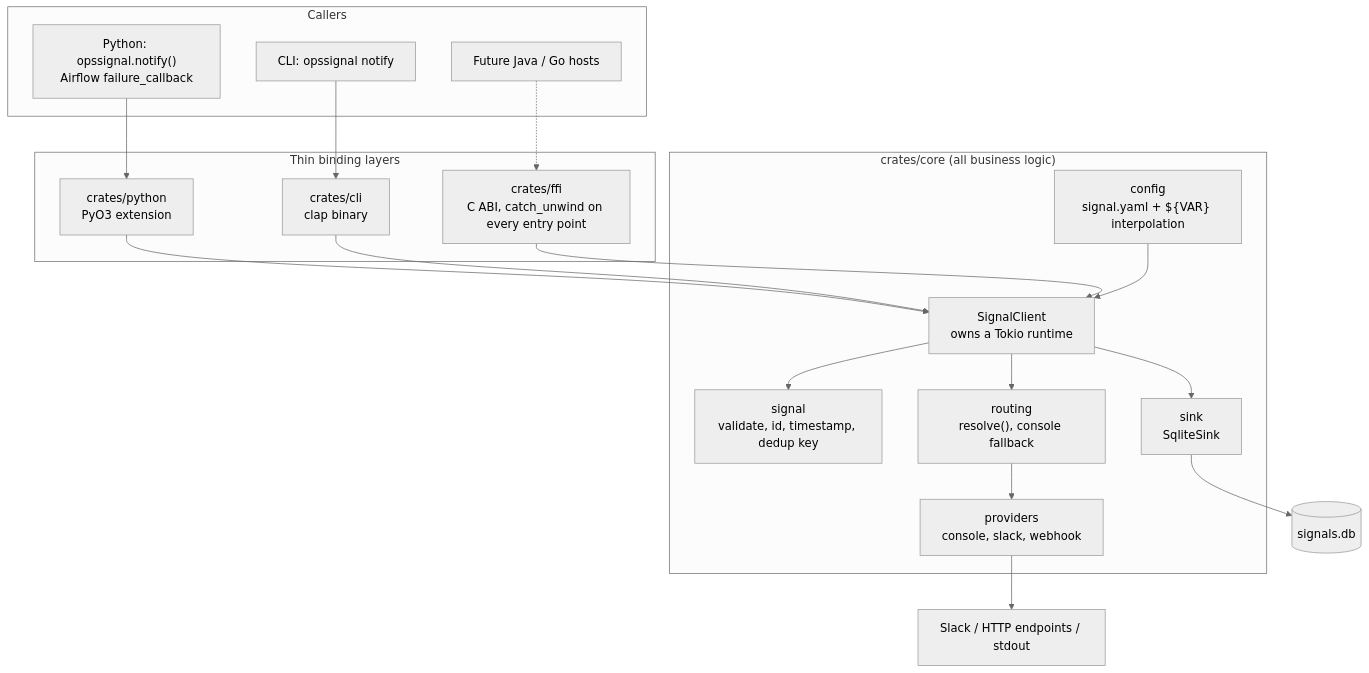
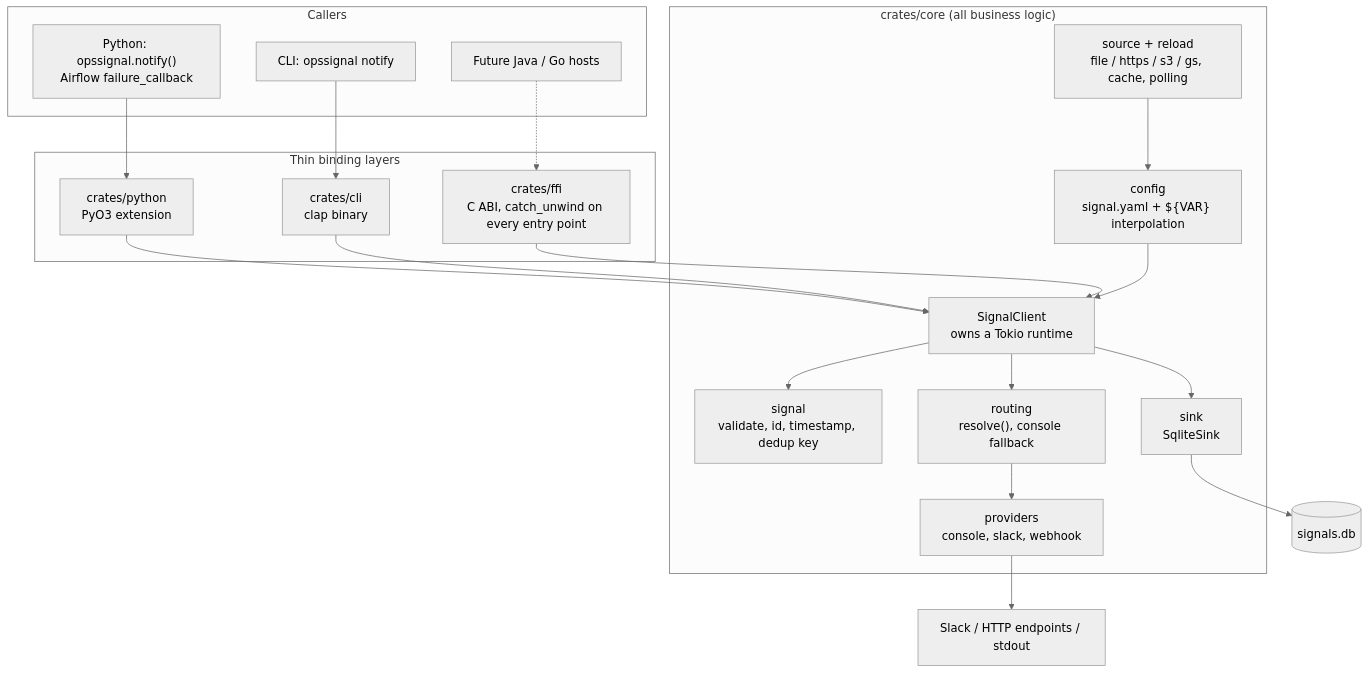
One commit to adithyapathipaka/OpsSignal changed the first of 2 diagrams in docs/ARCHITECTURE.md. Above: the diagram before and after it, drawn with Mermaid (neutral theme). The commit also changed other lines of this file and 16 other files, not shown here.

First line of the commit message:
Load signal.yaml from https, S3 or GCS, and reload it live

````diff
--- a/docs/ARCHITECTURE.md
+++ b/docs/ARCHITECTURE.md
@@ -9,37 +9,39 @@
 ```mermaid
 flowchart TB
     subgraph callers[Callers]
         PY["Python: opssignal.notify()<br/>Airflow failure_callback"]
         CLI["CLI: opssignal notify"]
         HOST["Future Java / Go hosts"]
     end
 
     subgraph bindings[Thin binding layers]
         PYO3["crates/python<br/>PyO3 extension"]
         CLIC["crates/cli<br/>clap binary"]
         FFI["crates/ffi<br/>C ABI, catch_unwind on every entry point"]
     end
 
     subgraph core["crates/core (all business logic)"]
+        SRC["source + reload<br/>file / https / s3 / gs, cache, polling"]
         CFG["config<br/>signal.yaml + ${VAR} interpolation"]
         CLIENT["SignalClient<br/>owns a Tokio runtime"]
         VAL["signal<br/>validate, id, timestamp, dedup key"]
         ROUTE["routing<br/>resolve(), console fallback"]
         PROV["providers<br/>console, slack, webhook"]
         SINK["sink<br/>SqliteSink"]
     end
 
     PY --> PYO3
     CLI --> CLIC
     HOST -.-> FFI
     PYO3 --> CLIENT
     CLIC --> CLIENT
     FFI --> CLIENT
+    SRC --> CFG
     CFG --> CLIENT
     CLIENT --> VAL
     CLIENT --> ROUTE
     ROUTE --> PROV
     CLIENT --> SINK
     PROV --> EXT["Slack / HTTP endpoints / stdout"]
     SINK --> DB[("signals.db")]
 ```
````
